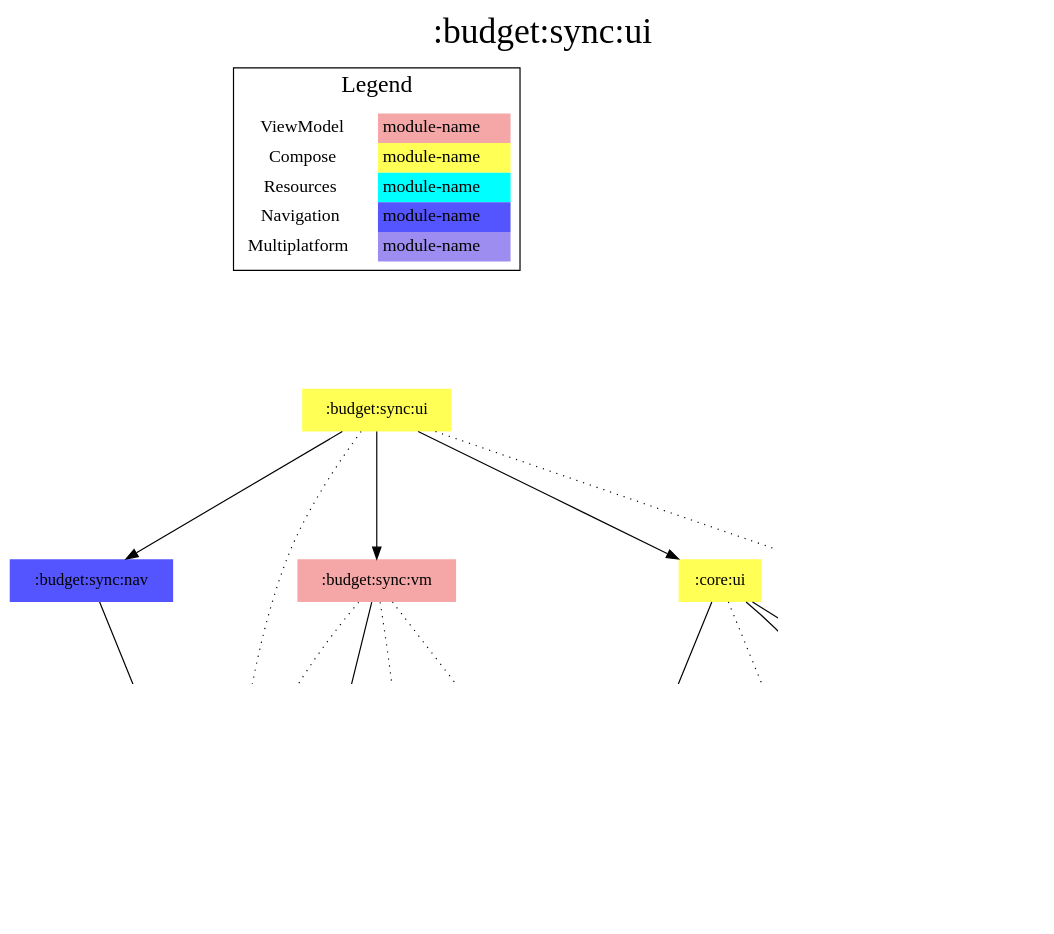
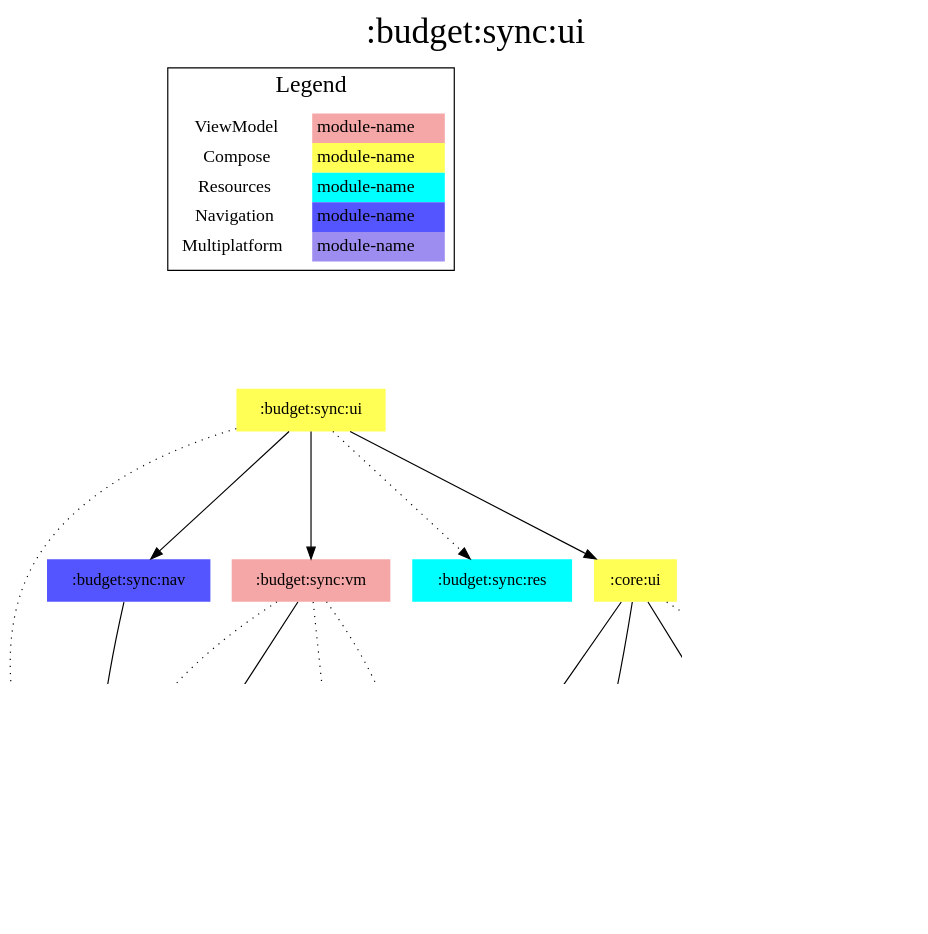
One commit to jonapoul/aktual changed the diagram in modules/budget/sync/ui/project-dependency-graph.dot. Above: the diagram before and after it, drawn with Graphviz. The commit also changed 133 other files, not shown here.

```diff
--- a/modules/budget/sync/ui/project-dependency-graph.dot
+++ b/modules/budget/sync/ui/project-dependency-graph.dot
@@ -1,55 +1,53 @@
 digraph {
 edge ["dir"="forward"]
 graph ["dpi"="100","label"=":budget:sync:ui","labelloc"="t","fontsize"="30","ranksep"="1.5","rankdir"="TB"]
 node ["style"="filled"]
+":account:model" ["fillcolor"="#9D8DF1","shape"="none"]
+":api:actual" ["fillcolor"="#9D8DF1","shape"="none"]
+":budget:model" ["fillcolor"="#9D8DF1","shape"="none"]
+":budget:sync:nav" ["fillcolor"="#5555FF","shape"="none"]
+":budget:sync:res" ["fillcolor"="#00FFFF","shape"="none"]
 ":budget:sync:ui" ["fillcolor"="#FFFF55","shape"="none"]
-":budget:sync:nav" ["fillcolor"="#5555FF","shape"="none"]
-":account:model" ["fillcolor"="#9D8DF1","shape"="none"]
 ":budget:sync:vm" ["fillcolor"="#F5A6A6","shape"="none"]
+":core:colorscheme" ["fillcolor"="#9D8DF1","shape"="none"]
 ":core:files" ["fillcolor"="#9D8DF1","shape"="none"]
-":budget:model" ["fillcolor"="#9D8DF1","shape"="none"]
-":api:actual" ["fillcolor"="#9D8DF1","shape"="none"]
+":core:res" ["fillcolor"="#00FFFF","shape"="none"]
+":core:ui" ["fillcolor"="#FFFF55","shape"="none"]
+":core:versions" ["fillcolor"="#9D8DF1","shape"="none"]
 ":url:model" ["fillcolor"="#9D8DF1","shape"="none"]
-":codegen:annotation" ["fillcolor"="#9D8DF1","shape"="none"]
-":core:ui" ["fillcolor"="#FFFF55","shape"="none"]
-":core:colorscheme" ["fillcolor"="#9D8DF1","shape"="none"]
-":core:versions" ["fillcolor"="#9D8DF1","shape"="none"]
-":core:res" ["fillcolor"="#00FFFF","shape"="none"]
-":budget:sync:res" ["fillcolor"="#00FFFF","shape"="none"]
 {
 edge ["dir"="none"]
 graph ["rank"="same"]
 }
 ":api:actual" -> ":account:model"
 ":api:actual" -> ":budget:model"
-":api:actual" -> ":codegen:annotation" ["style"="dotted"]
 ":api:actual" -> ":url:model"
 ":budget:sync:nav" -> ":account:model"
 ":budget:sync:ui" -> ":account:model" ["style"="dotted"]
 ":budget:sync:ui" -> ":budget:sync:nav"
 ":budget:sync:ui" -> ":budget:sync:res" ["style"="dotted"]
 ":budget:sync:ui" -> ":budget:sync:vm"
 ":budget:sync:ui" -> ":core:ui"
 ":budget:sync:vm" -> ":account:model" ["style"="dotted"]
 ":budget:sync:vm" -> ":api:actual" ["style"="dotted"]
 ":budget:sync:vm" -> ":budget:model" ["style"="dotted"]
 ":budget:sync:vm" -> ":core:files"
 ":core:files" -> ":budget:model"
 ":core:ui" -> ":core:colorscheme"
 ":core:ui" -> ":core:res" ["style"="dotted"]
 ":core:ui" -> ":core:versions"
 ":core:ui" -> ":url:model"
 subgraph "cluster_legend" {
 edge ["dir"="none"]
 graph ["label"="Legend","fontsize"="20"]
 "Legend" ["style"="filled","fillcolor"="#FFFFFF","shape"="none","margin"="0","fontsize"="15","label"=<
 <TABLE BORDER="0" CELLBORDER="0" CELLSPACING="0" CELLPADDING="4">
 <TR><TD>ViewModel</TD><TD BGCOLOR="#F5A6A6">module-name</TD></TR>
 <TR><TD>Compose</TD><TD BGCOLOR="#FFFF55">module-name</TD></TR>
 <TR><TD>Resources</TD><TD BGCOLOR="#00FFFF">module-name</TD></TR>
 <TR><TD>Navigation</TD><TD BGCOLOR="#5555FF">module-name</TD></TR>
 <TR><TD>Multiplatform</TD><TD BGCOLOR="#9D8DF1">module-name</TD></TR>
 </TABLE>
 >]
 } -> ":budget:sync:ui" ["style"="invis"]
 }
```
